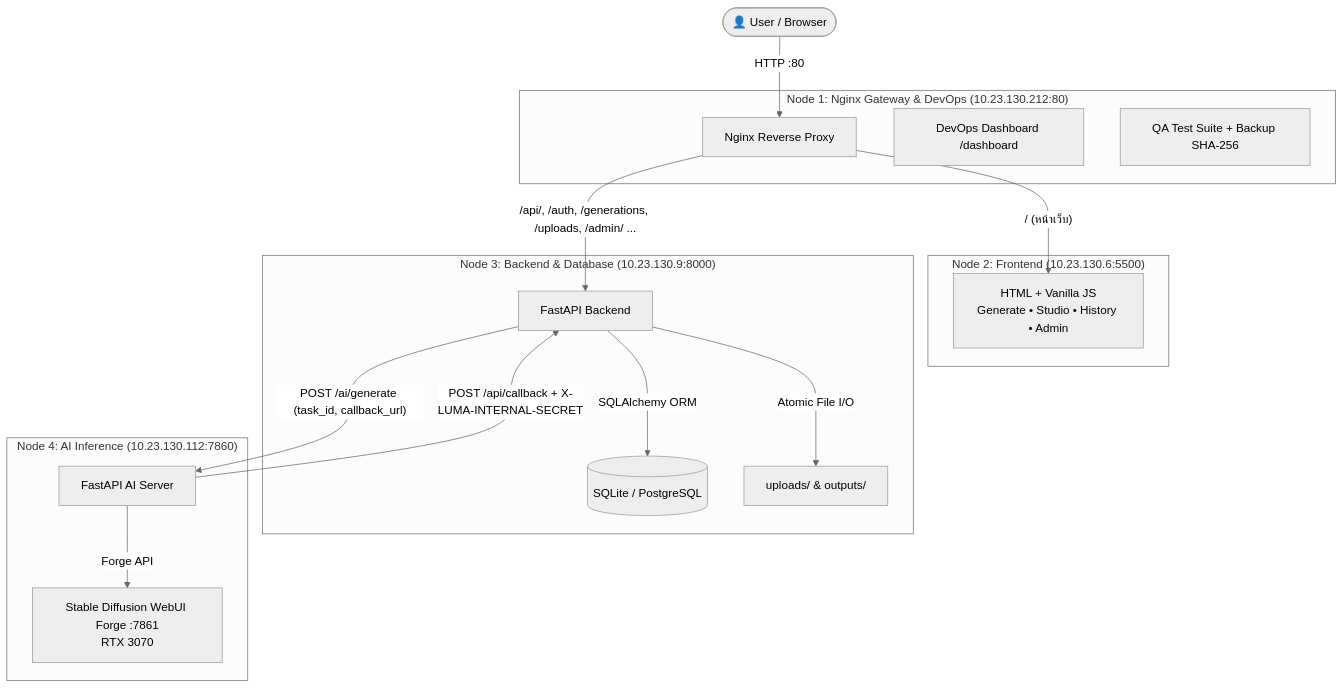
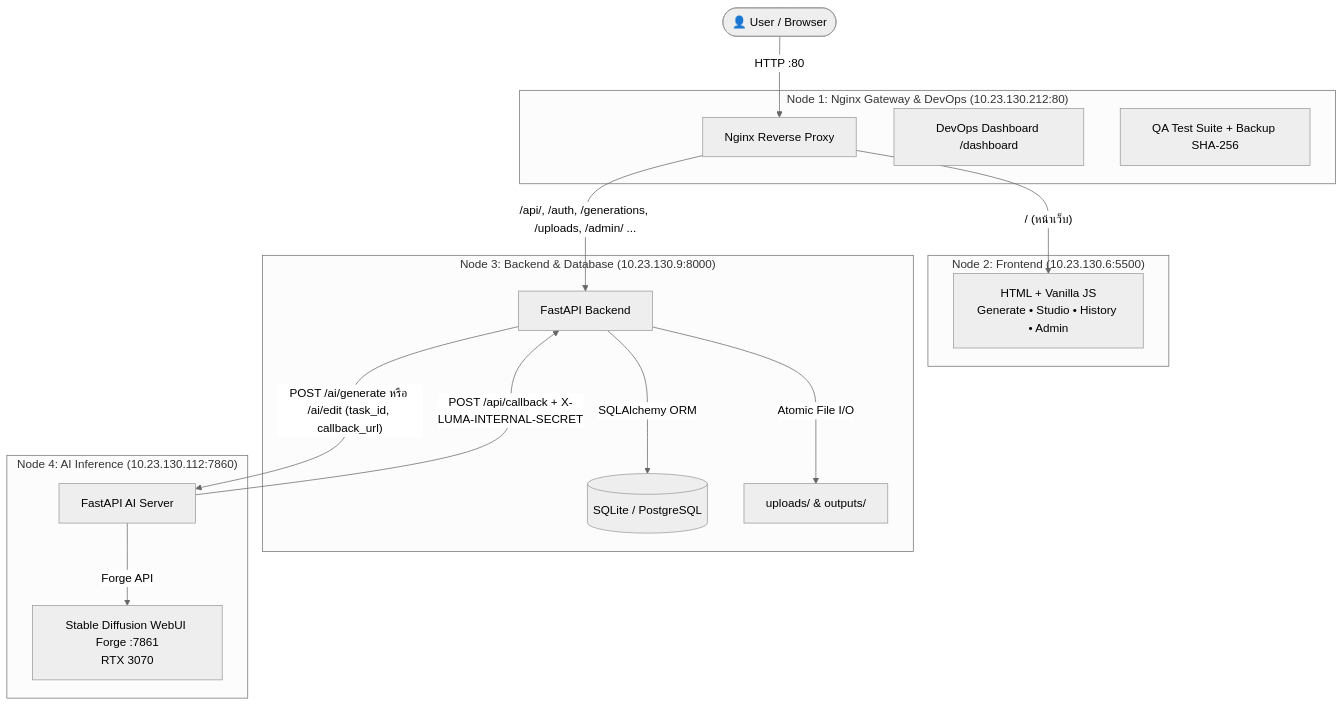
One commit to Pongkarm/Project_Luma_PKW changed the first of 3 diagrams in README.md. Above: the diagram before and after it, drawn with Mermaid (neutral theme). The commit also changed other lines of this file, not shown here.

````diff
--- a/README.md
+++ b/README.md
@@ -36,34 +36,34 @@
 ```mermaid
 graph TD
     User(["👤 User / Browser"])
 
     subgraph N1 ["Node 1: Nginx Gateway & DevOps (10.23.130.212:80)"]
         Nginx["Nginx Reverse Proxy"]
         Dash["DevOps Dashboard /dashboard"]
         QA["QA Test Suite + Backup SHA-256"]
     end
 
     subgraph N2 ["Node 2: Frontend (10.23.130.6:5500)"]
         UI["HTML + Vanilla JS<br/>Generate • Studio • History • Admin"]
     end
 
     subgraph N3 ["Node 3: Backend & Database (10.23.130.9:8000)"]
         API["FastAPI Backend"]
         DB[("SQLite / PostgreSQL")]
         Storage["uploads/ & outputs/"]
     end
 
     subgraph N4 ["Node 4: AI Inference (10.23.130.112:7860)"]
         AI["FastAPI AI Server"]
         SD["Stable Diffusion WebUI Forge :7861<br/>RTX 3070"]
     end
 
     User -->|"HTTP :80"| Nginx
     Nginx -->|"/ (หน้าเว็บ)"| UI
     Nginx -->|"/api/, /auth, /generations, /uploads, /admin/ ..."| API
     API -->|"SQLAlchemy ORM"| DB
     API -->|"Atomic File I/O"| Storage
-    API -->|"POST /ai/generate (task_id, callback_url)"| AI
+    API -->|"POST /ai/generate หรือ /ai/edit (task_id, callback_url)"| AI
     AI -->|"Forge API"| SD
     AI -->|"POST /api/callback + X-LUMA-INTERNAL-SECRET"| API
 ```
````
